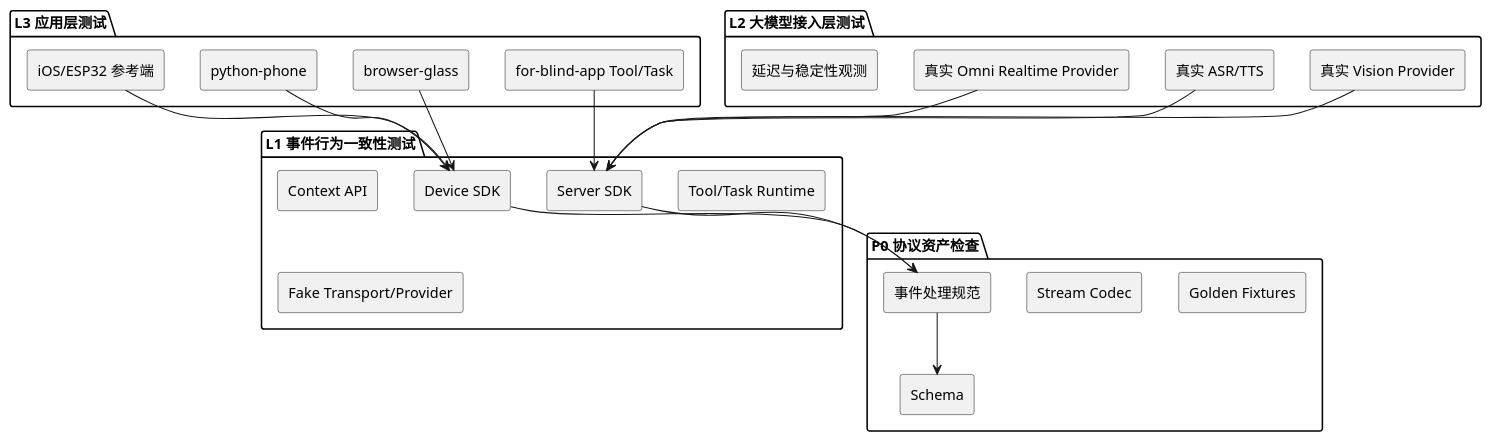
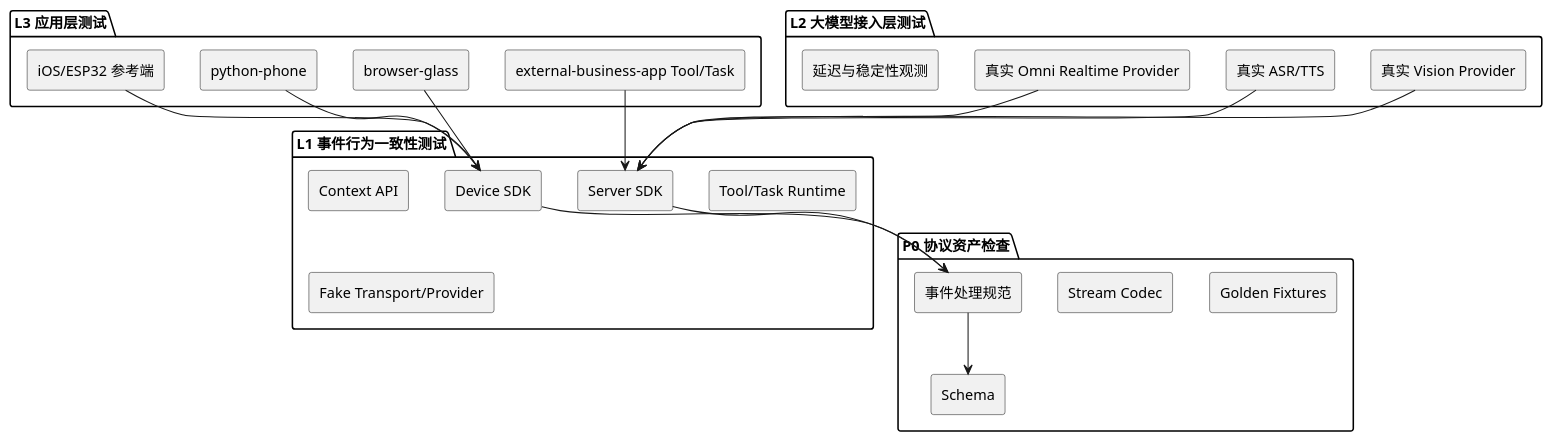
Before and after one commit to HengeLiu/RealtimeAgent: the diagram in docs/internal/regression-test-strategy.md, drawn with PlantUML. The commit also changed other lines of this file and 75 other files, not shown here.

````diff
--- a/docs/internal/regression-test-strategy.md
+++ b/docs/internal/regression-test-strategy.md
@@ -49,45 +49,45 @@
 ```plantuml
 @startuml
 skinparam componentStyle rectangle
 
 package "L3 应用层测试" {
-  [for-blind-app Tool/Task]
+  [external-business-app Tool/Task]
   [browser-glass]
   [python-phone]
   [iOS/ESP32 参考端]
 }
 
 package "L2 大模型接入层测试" {
   [真实 Vision Provider]
   [真实 ASR/TTS]
   [真实 Omni Realtime Provider]
   [延迟与稳定性观测]
 }
 
 package "L1 事件行为一致性测试" {
   [Server SDK]
   [Device SDK]
   [Context API]
   [Tool/Task Runtime]
   [Fake Transport/Provider]
 }
 
 package "P0 协议资产检查" {
   [Schema]
   [Golden Fixtures]
   [Stream Codec]
   [事件处理规范]
 }
 
-[for-blind-app Tool/Task] --> [Server SDK]
+[external-business-app Tool/Task] --> [Server SDK]
 [browser-glass] --> [Device SDK]
 [python-phone] --> [Device SDK]
 [iOS/ESP32 参考端] --> [Device SDK]
 [Server SDK] --> [事件处理规范]
 [Device SDK] --> [事件处理规范]
 [事件处理规范] --> [Schema]
 [真实 Vision Provider] --> [Server SDK]
 [真实 ASR/TTS] --> [Server SDK]
 [真实 Omni Realtime Provider] --> [Server SDK]
 @enduml
 ```
````
